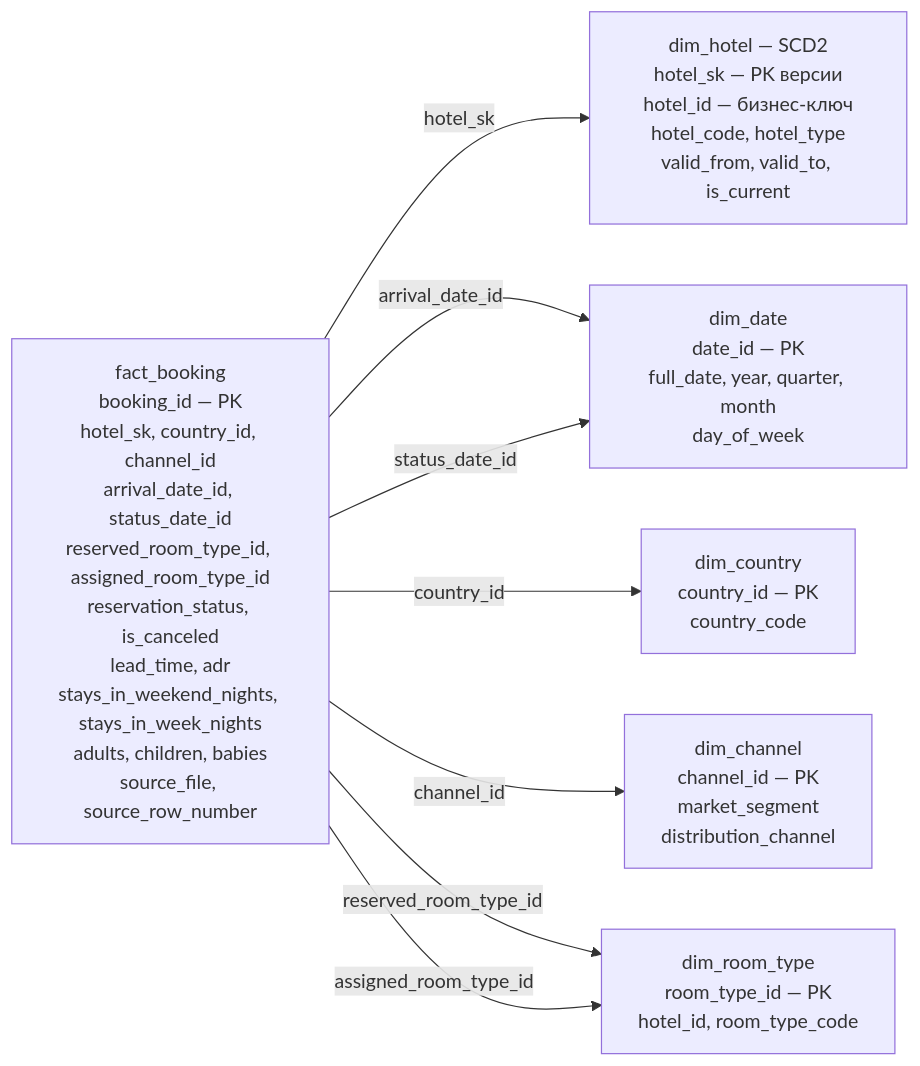
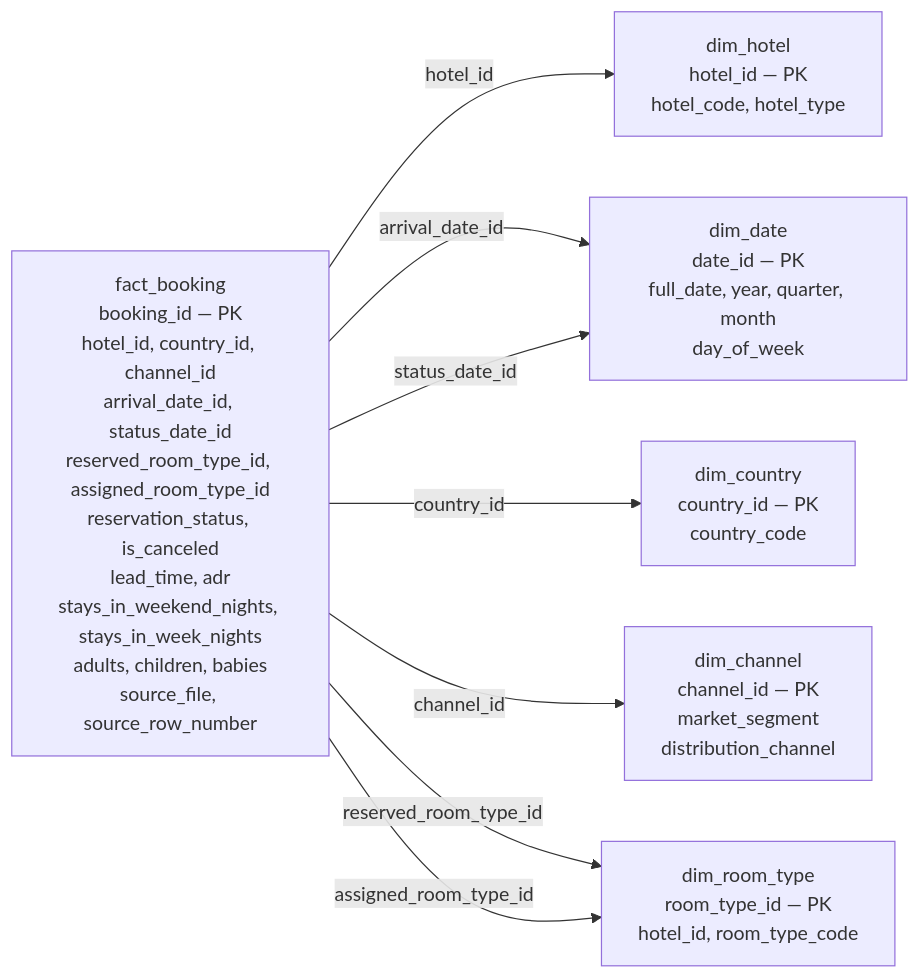
One commit to xqsy/OLAP changed the diagram in star.md. Above: the diagram before and after it, drawn with Mermaid. The commit also changed other lines of this file and 9 other files, not shown here.

````diff
--- a/star.md
+++ b/star.md
@@ -9,16 +9,16 @@
 ```mermaid
 flowchart LR
-    F["fact_booking<br/>booking_id — PK<br/>hotel_sk, country_id, channel_id<br/>arrival_date_id, status_date_id<br/>reserved_room_type_id, assigned_room_type_id<br/>reservation_status, is_canceled<br/>lead_time, adr<br/>stays_in_weekend_nights, stays_in_week_nights<br/>adults, children, babies<br/>source_file, source_row_number"]
-    H["dim_hotel — SCD2<br/>hotel_sk — PK версии<br/>hotel_id — бизнес-ключ<br/>hotel_code, hotel_type<br/>valid_from, valid_to, is_current"]
+    F["fact_booking<br/>booking_id — PK<br/>hotel_id, country_id, channel_id<br/>arrival_date_id, status_date_id<br/>reserved_room_type_id, assigned_room_type_id<br/>reservation_status, is_canceled<br/>lead_time, adr<br/>stays_in_weekend_nights, stays_in_week_nights<br/>adults, children, babies<br/>source_file, source_row_number"]
+    H["dim_hotel<br/>hotel_id — PK<br/>hotel_code, hotel_type"]
     D["dim_date<br/>date_id — PK<br/>full_date, year, quarter, month<br/>day_of_week"]
     C["dim_country<br/>country_id — PK<br/>country_code"]
     CH["dim_channel<br/>channel_id — PK<br/>market_segment<br/>distribution_channel"]
     R["dim_room_type<br/>room_type_id — PK<br/>hotel_id, room_type_code"]
-    F -->|hotel_sk| H
+    F -->|hotel_id| H
     F -->|arrival_date_id| D
     F -->|status_date_id| D
     F -->|country_id| C
     F -->|channel_id| CH
     F -->|reserved_room_type_id| R
     F -->|assigned_room_type_id| R
 ```
````
